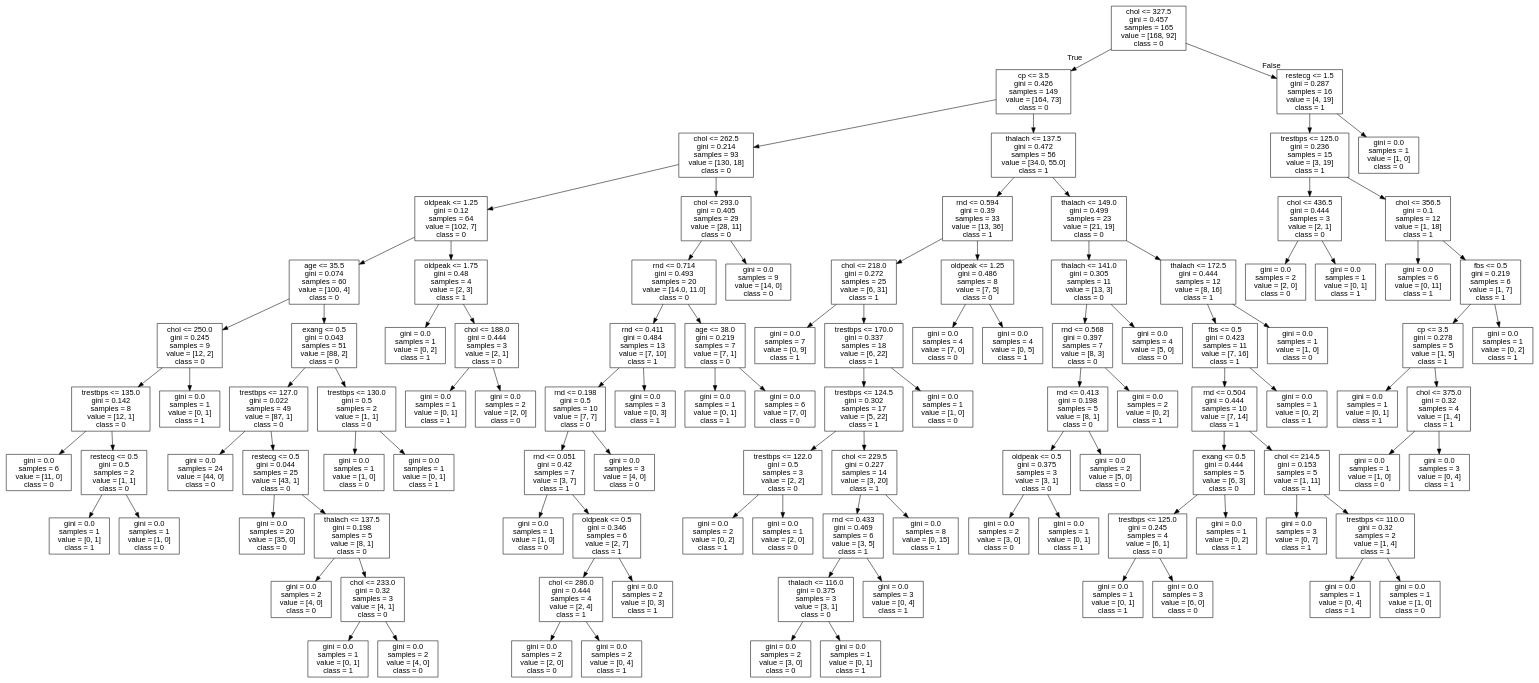
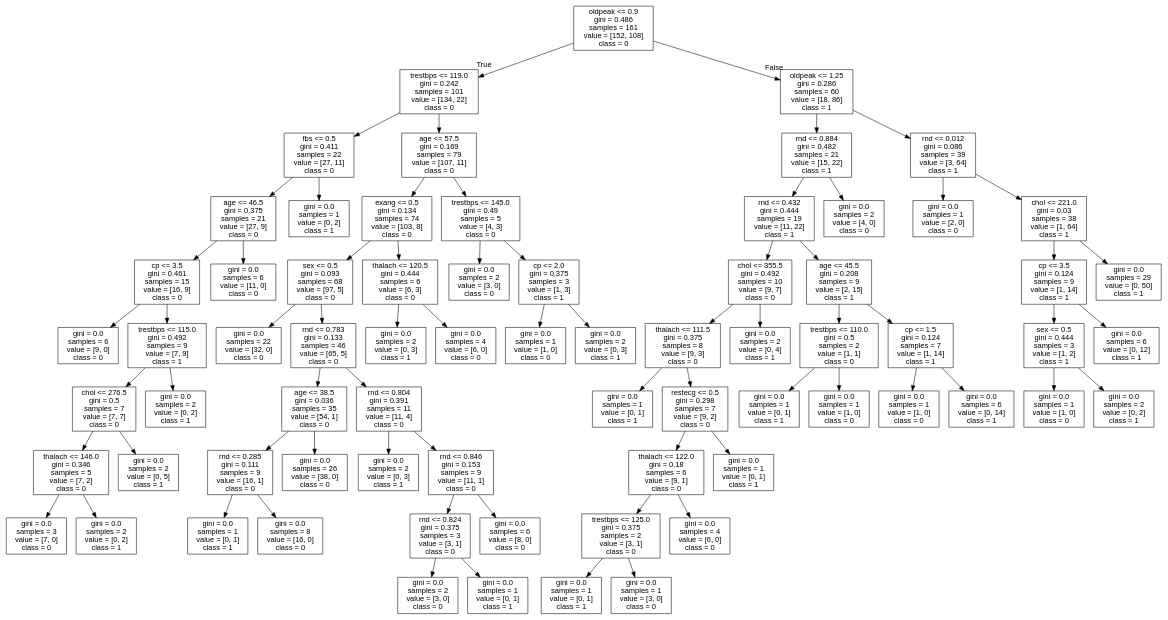
Before and after one commit to cyrilvincent/ML: the diagram in data/heartdisease/tree.dot, drawn with Graphviz. The commit also changed 6 other files, not shown here.

```diff
--- a/data/heartdisease/tree.dot
+++ b/data/heartdisease/tree.dot
@@ -1,217 +1,145 @@
 digraph Tree {
 node [shape=box, fontname="helvetica"] ;
 edge [fontname="helvetica"] ;
-0 [label="chol <= 327.5\ngini = 0.457\nsamples = 165\nvalue = [168, 92]\nclass = 0"] ;
-1 [label="cp <= 3.5\ngini = 0.426\nsamples = 149\nvalue = [164, 73]\nclass = 0"] ;
+0 [label="oldpeak <= 0.9\ngini = 0.486\nsamples = 161\nvalue = [152, 108]\nclass = 0"] ;
+1 [label="trestbps <= 119.0\ngini = 0.242\nsamples = 101\nvalue = [134, 22]\nclass = 0"] ;
 0 -> 1 [labeldistance=2.5, labelangle=45, headlabel="True"] ;
-2 [label="chol <= 262.5\ngini = 0.214\nsamples = 93\nvalue = [130, 18]\nclass = 0"] ;
+2 [label="fbs <= 0.5\ngini = 0.411\nsamples = 22\nvalue = [27, 11]\nclass = 0"] ;
 1 -> 2 ;
-3 [label="oldpeak <= 1.25\ngini = 0.12\nsamples = 64\nvalue = [102, 7]\nclass = 0"] ;
+3 [label="age <= 46.5\ngini = 0.375\nsamples = 21\nvalue = [27, 9]\nclass = 0"] ;
 2 -> 3 ;
-4 [label="age <= 35.5\ngini = 0.074\nsamples = 60\nvalue = [100, 4]\nclass = 0"] ;
+4 [label="cp <= 3.5\ngini = 0.461\nsamples = 15\nvalue = [16, 9]\nclass = 0"] ;
 3 -> 4 ;
-5 [label="chol <= 250.0\ngini = 0.245\nsamples = 9\nvalue = [12, 2]\nclass = 0"] ;
+5 [label="gini = 0.0\nsamples = 6\nvalue = [9, 0]\nclass = 0"] ;
 4 -> 5 ;
-6 [label="trestbps <= 135.0\ngini = 0.142\nsamples = 8\nvalue = [12, 1]\nclass = 0"] ;
-5 -> 6 ;
-7 [label="gini = 0.0\nsamples = 6\nvalue = [11, 0]\nclass = 0"] ;
+6 [label="trestbps <= 115.0\ngini = 0.492\nsamples = 9\nvalue = [7, 9]\nclass = 1"] ;
+4 -> 6 ;
+7 [label="chol <= 276.5\ngini = 0.5\nsamples = 7\nvalue = [7, 7]\nclass = 0"] ;
 6 -> 7 ;
-8 [label="restecg <= 0.5\ngini = 0.5\nsamples = 2\nvalue = [1, 1]\nclass = 0"] ;
-6 -> 8 ;
-9 [label="gini = 0.0\nsamples = 1\nvalue = [0, 1]\nclass = 1"] ;
+8 [label="thalach <= 146.0\ngini = 0.346\nsamples = 5\nvalue = [7, 2]\nclass = 0"] ;
+7 -> 8 ;
+9 [label="gini = 0.0\nsamples = 3\nvalue = [7, 0]\nclass = 0"] ;
 8 -> 9 ;
-10 [label="gini = 0.0\nsamples = 1\nvalue = [1, 0]\nclass = 0"] ;
+10 [label="gini = 0.0\nsamples = 2\nvalue = [0, 2]\nclass = 1"] ;
 8 -> 10 ;
-11 [label="gini = 0.0\nsamples = 1\nvalue = [0, 1]\nclass = 1"] ;
-5 -> 11 ;
-12 [label="exang <= 0.5\ngini = 0.043\nsamples = 51\nvalue = [88, 2]\nclass = 0"] ;
-4 -> 12 ;
-13 [label="trestbps <= 127.0\ngini = 0.022\nsamples = 49\nvalue = [87, 1]\nclass = 0"] ;
-12 -> 13 ;
-14 [label="gini = 0.0\nsamples = 24\nvalue = [44, 0]\nclass = 0"] ;
-13 -> 14 ;
-15 [label="restecg <= 0.5\ngini = 0.044\nsamples = 25\nvalue = [43, 1]\nclass = 0"] ;
-13 -> 15 ;
-16 [label="gini = 0.0\nsamples = 20\nvalue = [35, 0]\nclass = 0"] ;
+11 [label="gini = 0.0\nsamples = 2\nvalue = [0, 5]\nclass = 1"] ;
+7 -> 11 ;
+12 [label="gini = 0.0\nsamples = 2\nvalue = [0, 2]\nclass = 1"] ;
+6 -> 12 ;
+13 [label="gini = 0.0\nsamples = 6\nvalue = [11, 0]\nclass = 0"] ;
+3 -> 13 ;
+14 [label="gini = 0.0\nsamples = 1\nvalue = [0, 2]\nclass = 1"] ;
+2 -> 14 ;
+15 [label="age <= 57.5\ngini = 0.169\nsamples = 79\nvalue = [107, 11]\nclass = 0"] ;
+1 -> 15 ;
+16 [label="exang <= 0.5\ngini = 0.134\nsamples = 74\nvalue = [103, 8]\nclass = 0"] ;
 15 -> 16 ;
-17 [label="thalach <= 137.5\ngini = 0.198\nsamples = 5\nvalue = [8, 1]\nclass = 0"] ;
-15 -> 17 ;
-18 [label="gini = 0.0\nsamples = 2\nvalue = [4, 0]\nclass = 0"] ;
+17 [label="sex <= 0.5\ngini = 0.093\nsamples = 68\nvalue = [97, 5]\nclass = 0"] ;
+16 -> 17 ;
+18 [label="gini = 0.0\nsamples = 22\nvalue = [32, 0]\nclass = 0"] ;
 17 -> 18 ;
-19 [label="chol <= 233.0\ngini = 0.32\nsamples = 3\nvalue = [4, 1]\nclass = 0"] ;
+19 [label="rnd <= 0.783\ngini = 0.133\nsamples = 46\nvalue = [65, 5]\nclass = 0"] ;
 17 -> 19 ;
-20 [label="gini = 0.0\nsamples = 1\nvalue = [0, 1]\nclass = 1"] ;
+20 [label="age <= 38.5\ngini = 0.036\nsamples = 35\nvalue = [54, 1]\nclass = 0"] ;
 19 -> 20 ;
-21 [label="gini = 0.0\nsamples = 2\nvalue = [4, 0]\nclass = 0"] ;
-19 -> 21 ;
-22 [label="trestbps <= 130.0\ngini = 0.5\nsamples = 2\nvalue = [1, 1]\nclass = 0"] ;
-12 -> 22 ;
-23 [label="gini = 0.0\nsamples = 1\nvalue = [1, 0]\nclass = 0"] ;
-22 -> 23 ;
-24 [label="gini = 0.0\nsamples = 1\nvalue = [0, 1]\nclass = 1"] ;
-22 -> 24 ;
-25 [label="oldpeak <= 1.75\ngini = 0.48\nsamples = 4\nvalue = [2, 3]\nclass = 1"] ;
-3 -> 25 ;
-26 [label="gini = 0.0\nsamples = 1\nvalue = [0, 2]\nclass = 1"] ;
+21 [label="rnd <= 0.285\ngini = 0.111\nsamples = 9\nvalue = [16, 1]\nclass = 0"] ;
+20 -> 21 ;
+22 [label="gini = 0.0\nsamples = 1\nvalue = [0, 1]\nclass = 1"] ;
+21 -> 22 ;
+23 [label="gini = 0.0\nsamples = 8\nvalue = [16, 0]\nclass = 0"] ;
+21 -> 23 ;
+24 [label="gini = 0.0\nsamples = 26\nvalue = [38, 0]\nclass = 0"] ;
+20 -> 24 ;
+25 [label="rnd <= 0.804\ngini = 0.391\nsamples = 11\nvalue = [11, 4]\nclass = 0"] ;
+19 -> 25 ;
+26 [label="gini = 0.0\nsamples = 2\nvalue = [0, 3]\nclass = 1"] ;
 25 -> 26 ;
-27 [label="chol <= 188.0\ngini = 0.444\nsamples = 3\nvalue = [2, 1]\nclass = 0"] ;
+27 [label="rnd <= 0.846\ngini = 0.153\nsamples = 9\nvalue = [11, 1]\nclass = 0"] ;
 25 -> 27 ;
-28 [label="gini = 0.0\nsamples = 1\nvalue = [0, 1]\nclass = 1"] ;
+28 [label="rnd <= 0.824\ngini = 0.375\nsamples = 3\nvalue = [3, 1]\nclass = 0"] ;
 27 -> 28 ;
-29 [label="gini = 0.0\nsamples = 2\nvalue = [2, 0]\nclass = 0"] ;
-27 -> 29 ;
-30 [label="chol <= 293.0\ngini = 0.405\nsamples = 29\nvalue = [28, 11]\nclass = 0"] ;
-2 -> 30 ;
-31 [label="rnd <= 0.714\ngini = 0.493\nsamples = 20\nvalue = [14.0, 11.0]\nclass = 0"] ;
-30 -> 31 ;
-32 [label="rnd <= 0.411\ngini = 0.484\nsamples = 13\nvalue = [7, 10]\nclass = 1"] ;
-31 -> 32 ;
-33 [label="rnd <= 0.198\ngini = 0.5\nsamples = 10\nvalue = [7, 7]\nclass = 0"] ;
+29 [label="gini = 0.0\nsamples = 2\nvalue = [3, 0]\nclass = 0"] ;
+28 -> 29 ;
+30 [label="gini = 0.0\nsamples = 1\nvalue = [0, 1]\nclass = 1"] ;
+28 -> 30 ;
+31 [label="gini = 0.0\nsamples = 6\nvalue = [8, 0]\nclass = 0"] ;
+27 -> 31 ;
+32 [label="thalach <= 120.5\ngini = 0.444\nsamples = 6\nvalue = [6, 3]\nclass = 0"] ;
+16 -> 32 ;
+33 [label="gini = 0.0\nsamples = 2\nvalue = [0, 3]\nclass = 1"] ;
 32 -> 33 ;
-34 [label="rnd <= 0.051\ngini = 0.42\nsamples = 7\nvalue = [3, 7]\nclass = 1"] ;
-33 -> 34 ;
-35 [label="gini = 0.0\nsamples = 1\nvalue = [1, 0]\nclass = 0"] ;
-34 -> 35 ;
-36 [label="oldpeak <= 0.5\ngini = 0.346\nsamples = 6\nvalue = [2, 7]\nclass = 1"] ;
-34 -> 36 ;
-37 [label="chol <= 286.0\ngini = 0.444\nsamples = 4\nvalue = [2, 4]\nclass = 1"] ;
-36 -> 37 ;
-38 [label="gini = 0.0\nsamples = 2\nvalue = [2, 0]\nclass = 0"] ;
+34 [label="gini = 0.0\nsamples = 4\nvalue = [6, 0]\nclass = 0"] ;
+32 -> 34 ;
+35 [label="trestbps <= 145.0\ngini = 0.49\nsamples = 5\nvalue = [4, 3]\nclass = 0"] ;
+15 -> 35 ;
+36 [label="gini = 0.0\nsamples = 2\nvalue = [3, 0]\nclass = 0"] ;
+35 -> 36 ;
+37 [label="cp <= 2.0\ngini = 0.375\nsamples = 3\nvalue = [1, 3]\nclass = 1"] ;
+35 -> 37 ;
+38 [label="gini = 0.0\nsamples = 1\nvalue = [1, 0]\nclass = 0"] ;
 37 -> 38 ;
-39 [label="gini = 0.0\nsamples = 2\nvalue = [0, 4]\nclass = 1"] ;
+39 [label="gini = 0.0\nsamples = 2\nvalue = [0, 3]\nclass = 1"] ;
 37 -> 39 ;
-40 [label="gini = 0.0\nsamples = 2\nvalue = [0, 3]\nclass = 1"] ;
-36 -> 40 ;
-41 [label="gini = 0.0\nsamples = 3\nvalue = [4, 0]\nclass = 0"] ;
-33 -> 41 ;
-42 [label="gini = 0.0\nsamples = 3\nvalue = [0, 3]\nclass = 1"] ;
-32 -> 42 ;
-43 [label="age <= 38.0\ngini = 0.219\nsamples = 7\nvalue = [7, 1]\nclass = 0"] ;
-31 -> 43 ;
-44 [label="gini = 0.0\nsamples = 1\nvalue = [0, 1]\nclass = 1"] ;
+40 [label="oldpeak <= 1.25\ngini = 0.286\nsamples = 60\nvalue = [18, 86]\nclass = 1"] ;
+0 -> 40 [labeldistance=2.5, labelangle=-45, headlabel="False"] ;
+41 [label="rnd <= 0.884\ngini = 0.482\nsamples = 21\nvalue = [15, 22]\nclass = 1"] ;
+40 -> 41 ;
+42 [label="rnd <= 0.432\ngini = 0.444\nsamples = 19\nvalue = [11, 22]\nclass = 1"] ;
+41 -> 42 ;
+43 [label="chol <= 355.5\ngini = 0.492\nsamples = 10\nvalue = [9, 7]\nclass = 0"] ;
+42 -> 43 ;
+44 [label="thalach <= 111.5\ngini = 0.375\nsamples = 8\nvalue = [9, 3]\nclass = 0"] ;
 43 -> 44 ;
-45 [label="gini = 0.0\nsamples = 6\nvalue = [7, 0]\nclass = 0"] ;
-43 -> 45 ;
-46 [label="gini = 0.0\nsamples = 9\nvalue = [14, 0]\nclass = 0"] ;
-30 -> 46 ;
-47 [label="thalach <= 137.5\ngini = 0.472\nsamples = 56\nvalue = [34.0, 55.0]\nclass = 1"] ;
-1 -> 47 ;
-48 [label="rnd <= 0.594\ngini = 0.39\nsamples = 33\nvalue = [13, 36]\nclass = 1"] ;
+45 [label="gini = 0.0\nsamples = 1\nvalue = [0, 1]\nclass = 1"] ;
+44 -> 45 ;
+46 [label="restecg <= 0.5\ngini = 0.298\nsamples = 7\nvalue = [9, 2]\nclass = 0"] ;
+44 -> 46 ;
+47 [label="thalach <= 122.0\ngini = 0.18\nsamples = 6\nvalue = [9, 1]\nclass = 0"] ;
+46 -> 47 ;
+48 [label="trestbps <= 125.0\ngini = 0.375\nsamples = 2\nvalue = [3, 1]\nclass = 0"] ;
 47 -> 48 ;
-49 [label="chol <= 218.0\ngini = 0.272\nsamples = 25\nvalue = [6, 31]\nclass = 1"] ;
+49 [label="gini = 0.0\nsamples = 1\nvalue = [0, 1]\nclass = 1"] ;
 48 -> 49 ;
-50 [label="gini = 0.0\nsamples = 7\nvalue = [0, 9]\nclass = 1"] ;
-49 -> 50 ;
-51 [label="trestbps <= 170.0\ngini = 0.337\nsamples = 18\nvalue = [6, 22]\nclass = 1"] ;
-49 -> 51 ;
-52 [label="trestbps <= 124.5\ngini = 0.302\nsamples = 17\nvalue = [5, 22]\nclass = 1"] ;
-51 -> 52 ;
-53 [label="trestbps <= 122.0\ngini = 0.5\nsamples = 3\nvalue = [2, 2]\nclass = 0"] ;
-52 -> 53 ;
-54 [label="gini = 0.0\nsamples = 2\nvalue = [0, 2]\nclass = 1"] ;
-53 -> 54 ;
-55 [label="gini = 0.0\nsamples = 1\nvalue = [2, 0]\nclass = 0"] ;
-53 -> 55 ;
-56 [label="chol <= 229.5\ngini = 0.227\nsamples = 14\nvalue = [3, 20]\nclass = 1"] ;
-52 -> 56 ;
-57 [label="rnd <= 0.433\ngini = 0.469\nsamples = 6\nvalue = [3, 5]\nclass = 1"] ;
-56 -> 57 ;
-58 [label="thalach <= 116.0\ngini = 0.375\nsamples = 3\nvalue = [3, 1]\nclass = 0"] ;
-57 -> 58 ;
-59 [label="gini = 0.0\nsamples = 2\nvalue = [3, 0]\nclass = 0"] ;
+50 [label="gini = 0.0\nsamples = 1\nvalue = [3, 0]\nclass = 0"] ;
+48 -> 50 ;
+51 [label="gini = 0.0\nsamples = 4\nvalue = [6, 0]\nclass = 0"] ;
+47 -> 51 ;
+52 [label="gini = 0.0\nsamples = 1\nvalue = [0, 1]\nclass = 1"] ;
+46 -> 52 ;
+53 [label="gini = 0.0\nsamples = 2\nvalue = [0, 4]\nclass = 1"] ;
+43 -> 53 ;
+54 [label="age <= 45.5\ngini = 0.208\nsamples = 9\nvalue = [2, 15]\nclass = 1"] ;
+42 -> 54 ;
+55 [label="trestbps <= 110.0\ngini = 0.5\nsamples = 2\nvalue = [1, 1]\nclass = 0"] ;
+54 -> 55 ;
+56 [label="gini = 0.0\nsamples = 1\nvalue = [0, 1]\nclass = 1"] ;
+55 -> 56 ;
+57 [label="gini = 0.0\nsamples = 1\nvalue = [1, 0]\nclass = 0"] ;
+55 -> 57 ;
+58 [label="cp <= 1.5\ngini = 0.124\nsamples = 7\nvalue = [1, 14]\nclass = 1"] ;
+54 -> 58 ;
+59 [label="gini = 0.0\nsamples = 1\nvalue = [1, 0]\nclass = 0"] ;
 58 -> 59 ;
-60 [label="gini = 0.0\nsamples = 1\nvalue = [0, 1]\nclass = 1"] ;
+60 [label="gini = 0.0\nsamples = 6\nvalue = [0, 14]\nclass = 1"] ;
 58 -> 60 ;
-61 [label="gini = 0.0\nsamples = 3\nvalue = [0, 4]\nclass = 1"] ;
-57 -> 61 ;
-62 [label="gini = 0.0\nsamples = 8\nvalue = [0, 15]\nclass = 1"] ;
-56 -> 62 ;
-63 [label="gini = 0.0\nsamples = 1\nvalue = [1, 0]\nclass = 0"] ;
-51 -> 63 ;
-64 [label="oldpeak <= 1.25\ngini = 0.486\nsamples = 8\nvalue = [7, 5]\nclass = 0"] ;
-48 -> 64 ;
-65 [label="gini = 0.0\nsamples = 4\nvalue = [7, 0]\nclass = 0"] ;
+61 [label="gini = 0.0\nsamples = 2\nvalue = [4, 0]\nclass = 0"] ;
+41 -> 61 ;
+62 [label="rnd <= 0.012\ngini = 0.086\nsamples = 39\nvalue = [3, 64]\nclass = 1"] ;
+40 -> 62 ;
+63 [label="gini = 0.0\nsamples = 1\nvalue = [2, 0]\nclass = 0"] ;
+62 -> 63 ;
+64 [label="chol <= 221.0\ngini = 0.03\nsamples = 38\nvalue = [1, 64]\nclass = 1"] ;
+62 -> 64 ;
+65 [label="cp <= 3.5\ngini = 0.124\nsamples = 9\nvalue = [1, 14]\nclass = 1"] ;
 64 -> 65 ;
-66 [label="gini = 0.0\nsamples = 4\nvalue = [0, 5]\nclass = 1"] ;
-64 -> 66 ;
-67 [label="thalach <= 149.0\ngini = 0.499\nsamples = 23\nvalue = [21, 19]\nclass = 0"] ;
-47 -> 67 ;
-68 [label="thalach <= 141.0\ngini = 0.305\nsamples = 11\nvalue = [13, 3]\nclass = 0"] ;
-67 -> 68 ;
-69 [label="rnd <= 0.568\ngini = 0.397\nsamples = 7\nvalue = [8, 3]\nclass = 0"] ;
-68 -> 69 ;
-70 [label="rnd <= 0.413\ngini = 0.198\nsamples = 5\nvalue = [8, 1]\nclass = 0"] ;
-69 -> 70 ;
-71 [label="oldpeak <= 0.5\ngini = 0.375\nsamples = 3\nvalue = [3, 1]\nclass = 0"] ;
-70 -> 71 ;
-72 [label="gini = 0.0\nsamples = 2\nvalue = [3, 0]\nclass = 0"] ;
-71 -> 72 ;
-73 [label="gini = 0.0\nsamples = 1\nvalue = [0, 1]\nclass = 1"] ;
-71 -> 73 ;
-74 [label="gini = 0.0\nsamples = 2\nvalue = [5, 0]\nclass = 0"] ;
-70 -> 74 ;
-75 [label="gini = 0.0\nsamples = 2\nvalue = [0, 2]\nclass = 1"] ;
-69 -> 75 ;
-76 [label="gini = 0.0\nsamples = 4\nvalue = [5, 0]\nclass = 0"] ;
-68 -> 76 ;
-77 [label="thalach <= 172.5\ngini = 0.444\nsamples = 12\nvalue = [8, 16]\nclass = 1"] ;
-67 -> 77 ;
-78 [label="fbs <= 0.5\ngini = 0.423\nsamples = 11\nvalue = [7, 16]\nclass = 1"] ;
-77 -> 78 ;
-79 [label="rnd <= 0.504\ngini = 0.444\nsamples = 10\nvalue = [7, 14]\nclass = 1"] ;
-78 -> 79 ;
-80 [label="exang <= 0.5\ngini = 0.444\nsamples = 5\nvalue = [6, 3]\nclass = 0"] ;
-79 -> 80 ;
-81 [label="trestbps <= 125.0\ngini = 0.245\nsamples = 4\nvalue = [6, 1]\nclass = 0"] ;
-80 -> 81 ;
-82 [label="gini = 0.0\nsamples = 1\nvalue = [0, 1]\nclass = 1"] ;
-81 -> 82 ;
-83 [label="gini = 0.0\nsamples = 3\nvalue = [6, 0]\nclass = 0"] ;
-81 -> 83 ;
-84 [label="gini = 0.0\nsamples = 1\nvalue = [0, 2]\nclass = 1"] ;
-80 -> 84 ;
-85 [label="chol <= 214.5\ngini = 0.153\nsamples = 5\nvalue = [1, 11]\nclass = 1"] ;
-79 -> 85 ;
-86 [label="gini = 0.0\nsamples = 3\nvalue = [0, 7]\nclass = 1"] ;
-85 -> 86 ;
-87 [label="trestbps <= 110.0\ngini = 0.32\nsamples = 2\nvalue = [1, 4]\nclass = 1"] ;
-85 -> 87 ;
-88 [label="gini = 0.0\nsamples = 1\nvalue = [0, 4]\nclass = 1"] ;
-87 -> 88 ;
-89 [label="gini = 0.0\nsamples = 1\nvalue = [1, 0]\nclass = 0"] ;
-87 -> 89 ;
-90 [label="gini = 0.0\nsamples = 1\nvalue = [0, 2]\nclass = 1"] ;
-78 -> 90 ;
-91 [label="gini = 0.0\nsamples = 1\nvalue = [1, 0]\nclass = 0"] ;
-77 -> 91 ;
-92 [label="restecg <= 1.5\ngini = 0.287\nsamples = 16\nvalue = [4, 19]\nclass = 1"] ;
-0 -> 92 [labeldistance=2.5, labelangle=-45, headlabel="False"] ;
-93 [label="trestbps <= 125.0\ngini = 0.236\nsamples = 15\nvalue = [3, 19]\nclass = 1"] ;
-92 -> 93 ;
-94 [label="chol <= 436.5\ngini = 0.444\nsamples = 3\nvalue = [2, 1]\nclass = 0"] ;
-93 -> 94 ;
-95 [label="gini = 0.0\nsamples = 2\nvalue = [2, 0]\nclass = 0"] ;
-94 -> 95 ;
-96 [label="gini = 0.0\nsamples = 1\nvalue = [0, 1]\nclass = 1"] ;
-94 -> 96 ;
-97 [label="chol <= 356.5\ngini = 0.1\nsamples = 12\nvalue = [1, 18]\nclass = 1"] ;
-93 -> 97 ;
-98 [label="gini = 0.0\nsamples = 6\nvalue = [0, 11]\nclass = 1"] ;
-97 -> 98 ;
-99 [label="fbs <= 0.5\ngini = 0.219\nsamples = 6\nvalue = [1, 7]\nclass = 1"] ;
-97 -> 99 ;
-100 [label="cp <= 3.5\ngini = 0.278\nsamples = 5\nvalue = [1, 5]\nclass = 1"] ;
-99 -> 100 ;
-101 [label="gini = 0.0\nsamples = 1\nvalue = [0, 1]\nclass = 1"] ;
-100 -> 101 ;
-102 [label="chol <= 375.0\ngini = 0.32\nsamples = 4\nvalue = [1, 4]\nclass = 1"] ;
-100 -> 102 ;
-103 [label="gini = 0.0\nsamples = 1\nvalue = [1, 0]\nclass = 0"] ;
-102 -> 103 ;
-104 [label="gini = 0.0\nsamples = 3\nvalue = [0, 4]\nclass = 1"] ;
-102 -> 104 ;
-105 [label="gini = 0.0\nsamples = 1\nvalue = [0, 2]\nclass = 1"] ;
-99 -> 105 ;
-106 [label="gini = 0.0\nsamples = 1\nvalue = [1, 0]\nclass = 0"] ;
-92 -> 106 ;
+66 [label="sex <= 0.5\ngini = 0.444\nsamples = 3\nvalue = [1, 2]\nclass = 1"] ;
+65 -> 66 ;
+67 [label="gini = 0.0\nsamples = 1\nvalue = [1, 0]\nclass = 0"] ;
+66 -> 67 ;
+68 [label="gini = 0.0\nsamples = 2\nvalue = [0, 2]\nclass = 1"] ;
+66 -> 68 ;
+69 [label="gini = 0.0\nsamples = 6\nvalue = [0, 12]\nclass = 1"] ;
+65 -> 69 ;
+70 [label="gini = 0.0\nsamples = 29\nvalue = [0, 50]\nclass = 1"] ;
+64 -> 70 ;
 }
```
